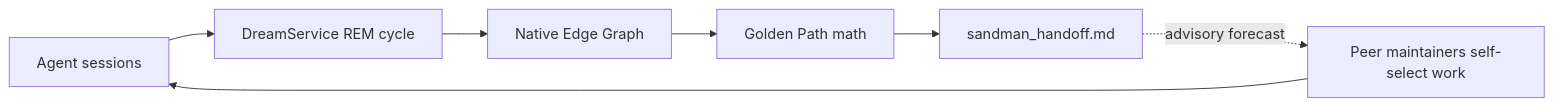
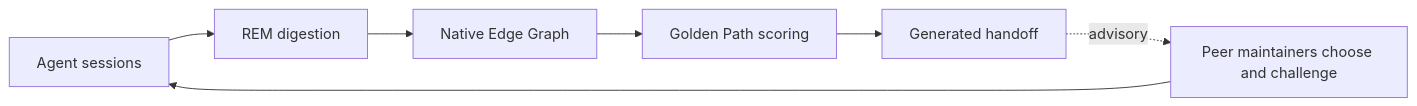
One commit to neomjs/neo changed the first of 2 diagrams in resources/content/release-notes/v13.0.0.md. Above: the diagram before and after it, drawn with Mermaid. The commit also changed other lines of this file, not shown here.

````diff
--- a/resources/content/release-notes/v13.0.0.md
+++ b/resources/content/release-notes/v13.0.0.md
@@ -89,9 +118,9 @@
 ```mermaid
 flowchart LR
-    A["Agent sessions"] --> B["DreamService REM cycle"]
+    A["Agent sessions"] --> B["REM digestion"]
     B --> C["Native Edge Graph"]
-    C --> D["Golden Path math"]
-    D --> E["sandman_handoff.md"]
-    E -. "advisory forecast" .-> F["Peer maintainers self-select work"]
+    C --> D["Golden Path scoring"]
+    D --> E["Generated handoff"]
+    E -. "advisory" .-> F["Peer maintainers choose and challenge"]
     F --> A
 ```
````
